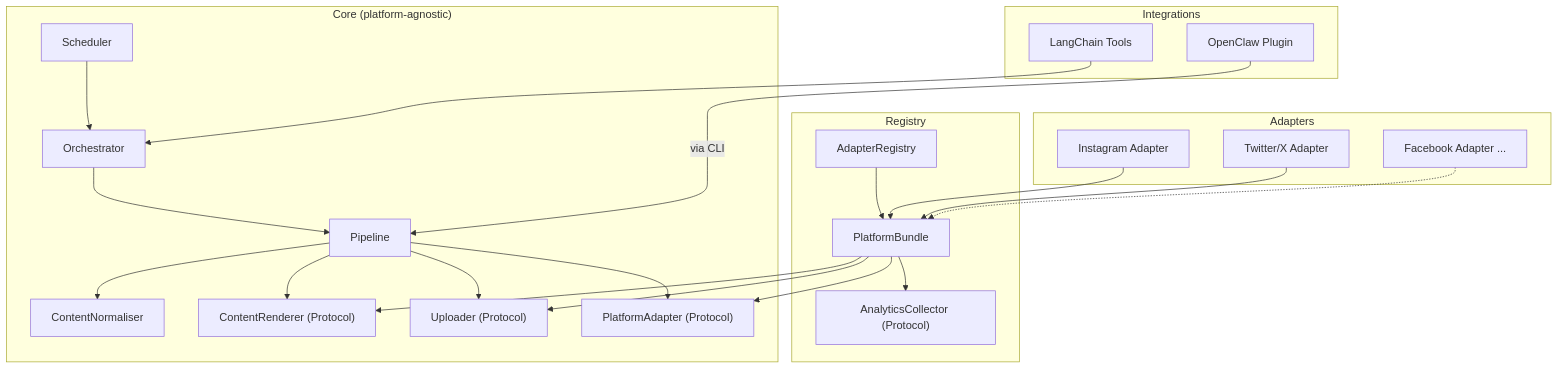
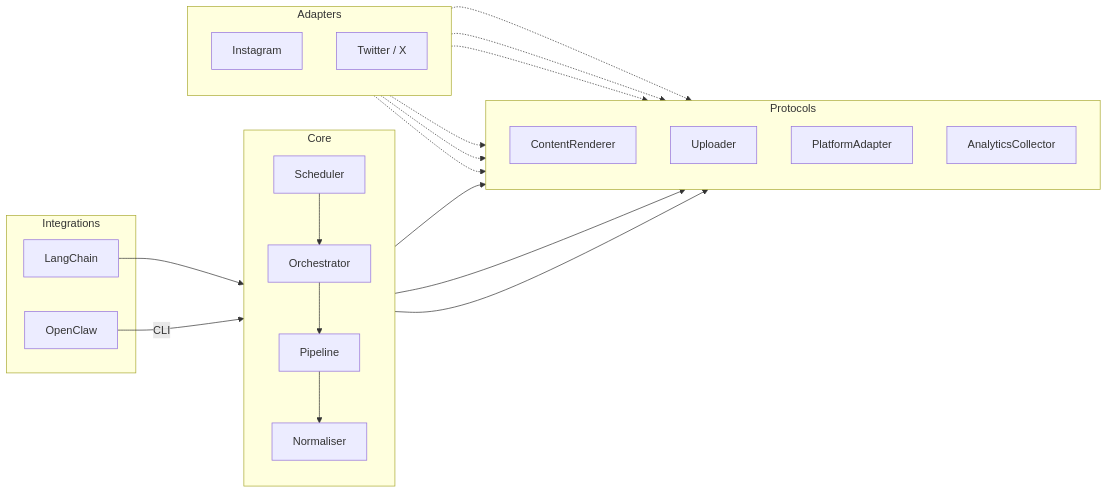
The diagram in README.md (nooptr/marketmenow), drawn with Mermaid before and after one commit. The commit also changed other lines of this file and 5 other files, not shown here.

````diff
--- a/README.md
+++ b/README.md
@@ -39,36 +29,40 @@
 ```mermaid
-graph TB
-    subgraph core ["Core (platform-agnostic)"]
-        Orchestrator --> Pipeline
-        Pipeline --> Normaliser["ContentNormaliser"]
-        Pipeline --> RendererPort["ContentRenderer (Protocol)"]
-        Pipeline --> UploaderPort["Uploader (Protocol)"]
-        Pipeline --> AdapterPort["PlatformAdapter (Protocol)"]
-        Scheduler --> Orchestrator
+graph LR
+    subgraph integrations [" Integrations"]
+        LC["LangChain"]
+        OC["OpenClaw"]
     end
 
-    subgraph registry ["Registry"]
-        AdapterRegistry --> PlatformBundle
-        PlatformBundle --> AdapterPort
-        PlatformBundle --> RendererPort
-        PlatformBundle --> UploaderPort
-        PlatformBundle --> AnalyticsPort["AnalyticsCollector (Protocol)"]
+    subgraph core [" Core"]
+        direction TB
+        Scheduler --> Orchestrator
+        Orchestrator --> Pipeline
+        Pipeline --> Normaliser["Normaliser"]
     end
 
-    subgraph adapters ["Adapters"]
-        IG["Instagram Adapter"]
-        TW["Twitter/X Adapter"]
-        FB["Facebook Adapter ..."]
+    subgraph ports [" Protocols"]
+        direction TB
+        Renderer["ContentRenderer"]
+        Uploader["Uploader"]
+        Adapter["PlatformAdapter"]
+        Analytics["AnalyticsCollector"]
     end
 
-    subgraph integrations ["Integrations"]
-        LC["LangChain Tools"]
-        OC["OpenClaw Plugin"]
+    subgraph adapters [" Adapters"]
+        direction TB
+        IG["Instagram"]
+        TW["Twitter / X"]
     end
 
-    IG --> PlatformBundle
-    TW --> PlatformBundle
-    FB -.-> PlatformBundle
     LC --> Orchestrator
-    OC -->|"via CLI"| Pipeline
+    OC -->|CLI| Pipeline
+    Pipeline --> Renderer
+    Pipeline --> Uploader
+    Pipeline --> Adapter
+    IG -.-> Renderer
+    IG -.-> Uploader
+    IG -.-> Adapter
+    TW -.-> Renderer
+    TW -.-> Uploader
+    TW -.-> Adapter
 ```
````
